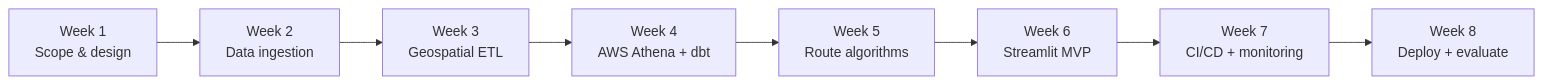
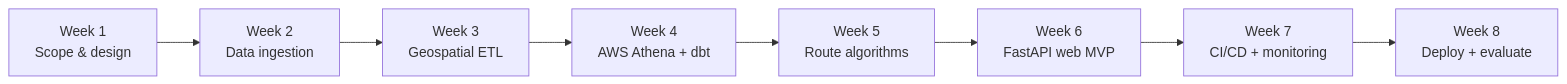
The first of 6 diagrams in Project Roadmap.md (IshmitaBasu/HerRoute), drawn with Mermaid before and after one commit. The commit also changed other lines of this file and 18 other files, not shown here.

````diff
--- a/Project Roadmap.md
+++ b/Project Roadmap.md
@@ -81,10 +82,10 @@
 ```mermaid
 flowchart LR
     W1["Week 1<br/>Scope & design"] --> W2["Week 2<br/>Data ingestion"]
     W2 --> W3["Week 3<br/>Geospatial ETL"]
     W3 --> W4["Week 4<br/>AWS Athena + dbt"]
     W4 --> W5["Week 5<br/>Route algorithms"]
-    W5 --> W6["Week 6<br/>Streamlit MVP"]
+    W5 --> W6["Week 6<br/>FastAPI web MVP"]
     W6 --> W7["Week 7<br/>CI/CD + monitoring"]
     W7 --> W8["Week 8<br/>Deploy + evaluate"]
 ```
````
